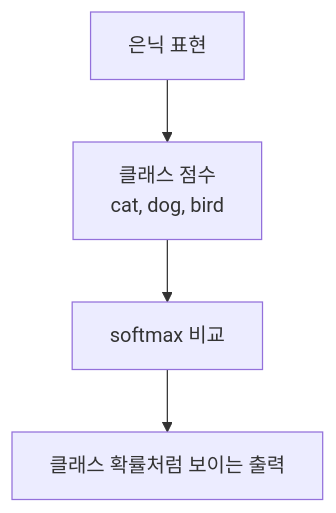
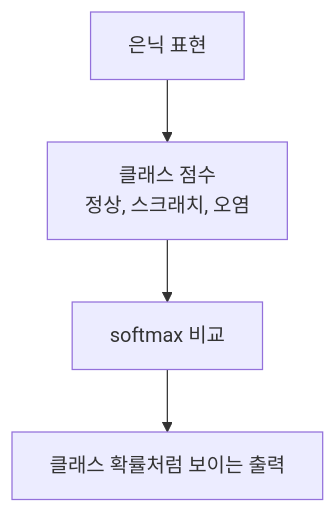
One commit to devchan64/AiBook changed the diagram in docs/assets/part-05/chapter-03/softmax-output-flow-ko.mmd. Above: the diagram before and after it, drawn with Mermaid. The commit also changed 105 other files, not shown here.

```diff
--- a/docs/assets/part-05/chapter-03/softmax-output-flow-ko.mmd
+++ b/docs/assets/part-05/chapter-03/softmax-output-flow-ko.mmd
@@ -1,9 +1,9 @@
 flowchart TD
   A["은닉 표현"]
-  B["클래스 점수<br/>cat, dog, bird"]
+  B["클래스 점수<br/>정상, 스크래치, 오염"]
   C["softmax 비교"]
   D["클래스 확률처럼 보이는 출력"]
 
   A --> B
   B --> C
   C --> D
```
